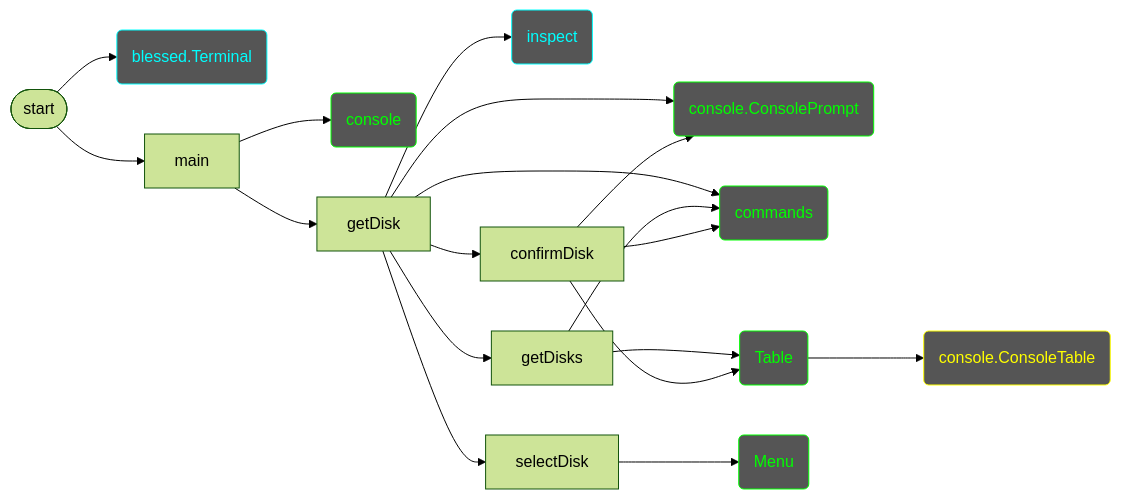
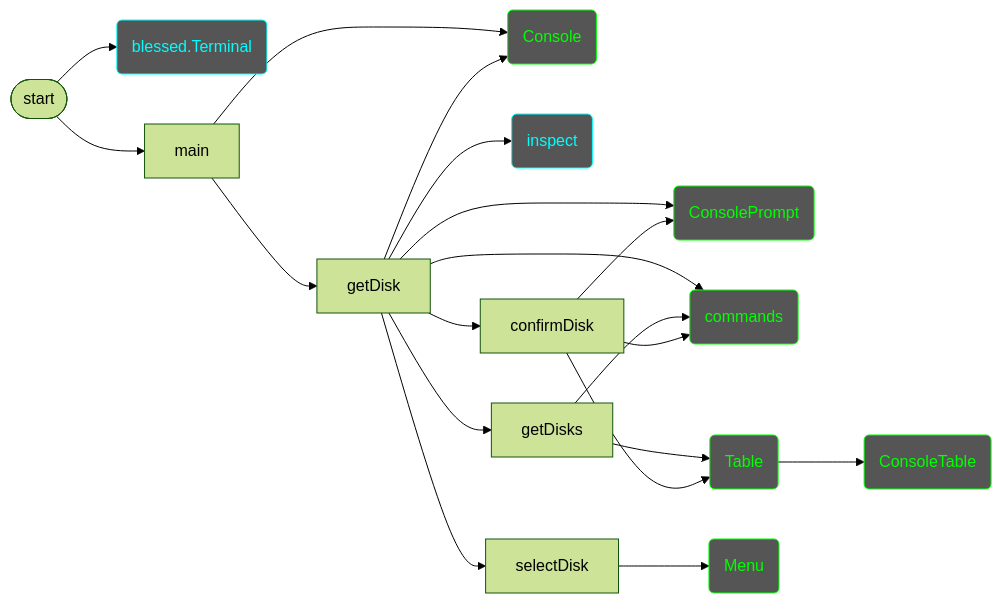
One commit to 7s4e/p3 changed the diagram in pyScripts/docs/getDisk.md. Above: the diagram before and after it, drawn with Mermaid (forest theme). The commit also changed other lines of this file and 1 other file, not shown here.

````diff
--- a/pyScripts/docs/getDisk.md
+++ b/pyScripts/docs/getDisk.md
@@ -2,41 +2,42 @@
 ```mermaid
 flowchart LR
     classDef complete color:#0f0,stroke:#0f0,fill:#555
     classDef working color:#ff0,stroke:#ff0,fill:#555
     classDef library color:#0ff,stroke:#0ff,fill:#555
 
     %% Structure
     IF([start])
         IF --> TRM
         IF --> MAIN
     MAIN[main]
         MAIN --> CON
         MAIN --> GD
     GD[getDisk]
+        GD --> CON
         GD --> INSP
         GD --> GDS
         GD --> CCP
         GD --> SD
         GD --> CD
         GD --> CMD
     GDS[getDisks]
         GDS --> CMD
         GDS --> TBL
     SD[selectDisk]
         SD --> MNU
     CD[confirmDisk]
         CD --> CMD
         CD --> TBL
         CD --> CCP
 
     %% Modules
     TRM(blessed.Terminal):::library
     INSP(inspect):::library
     CMD(commands):::complete
-    CON(console):::complete
-    CCP(console.ConsolePrompt):::complete
-    CCT(console.ConsoleTable):::working
+    CON(Console):::complete
+    CCP(ConsolePrompt):::complete
+    CCT(ConsoleTable):::complete
     TBL(Table):::complete
         TBL --> CCT
     MNU(Menu):::complete
 ```
````
